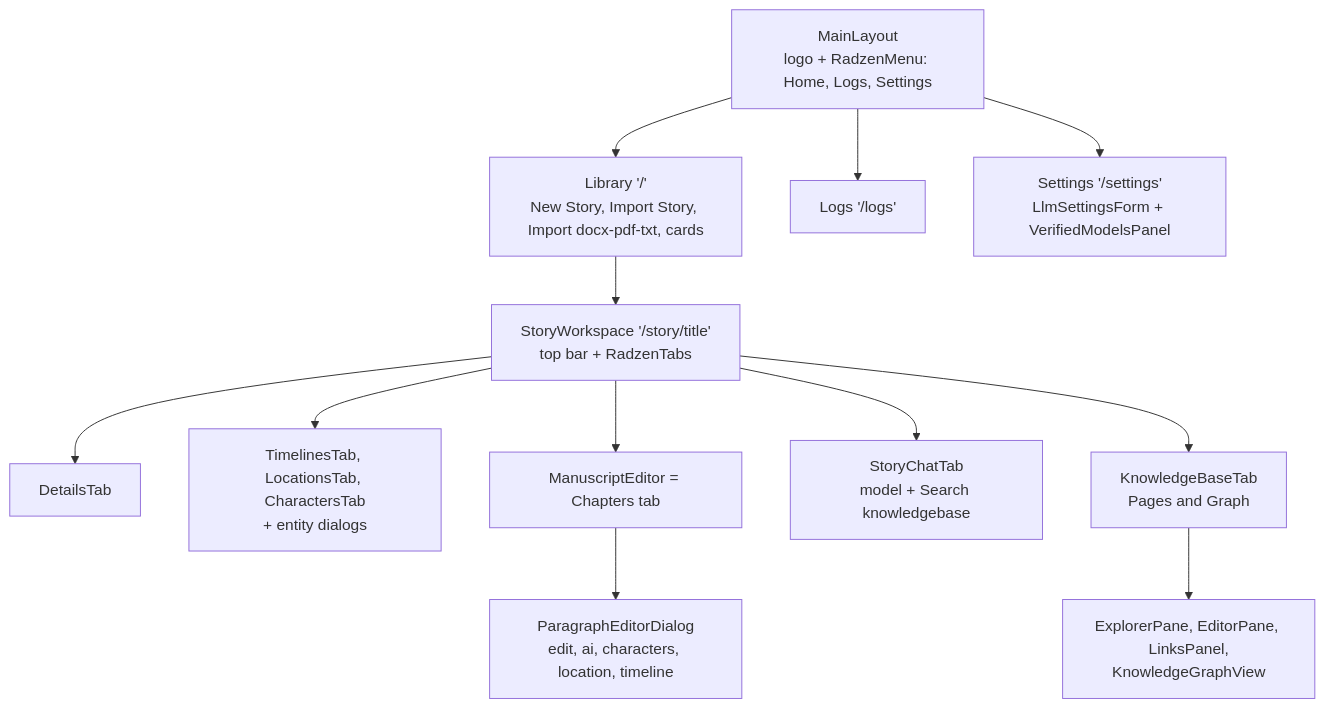
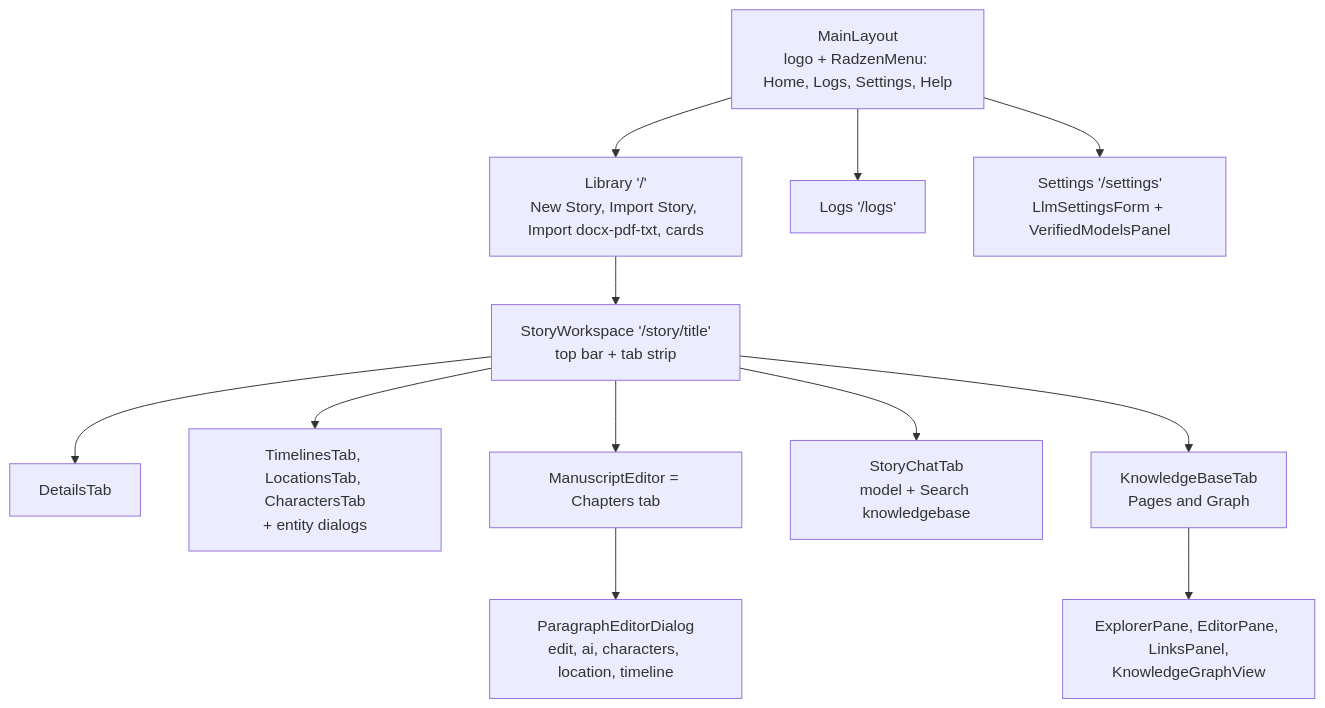
The third of 10 diagrams in Docs/AIStoryBuildersV2-Plan.md (AIStoryBuilders/AIStoryBuildersV2), drawn with Mermaid before and after one commit. The commit also changed other lines of this file and 12 other files, not shown here.

````diff
--- a/Docs/AIStoryBuildersV2-Plan.md
+++ b/Docs/AIStoryBuildersV2-Plan.md
@@ -379,27 +379,27 @@
 ```mermaid
 graph TD
-    Layout["MainLayout<br/>logo + RadzenMenu: Home, Logs, Settings"]
+    Layout["MainLayout<br/>logo + RadzenMenu: Home, Logs, Settings, Help"]
     Lib["Library '/'<br/>New Story, Import Story, Import docx-pdf-txt, cards"]
     Logs["Logs '/logs'"]
     Set["Settings '/settings'<br/>LlmSettingsForm + VerifiedModelsPanel"]
-    WS["StoryWorkspace '/story/title'<br/>top bar + RadzenTabs"]
+    WS["StoryWorkspace '/story/title'<br/>top bar + tab strip"]
     Det["DetailsTab"]
     Ent["TimelinesTab, LocationsTab, CharactersTab<br/>+ entity dialogs"]
     ME["ManuscriptEditor = Chapters tab"]
     PE["ParagraphEditorDialog<br/>edit, ai, characters, location, timeline"]
     Chat["StoryChatTab<br/>model + Search knowledgebase"]
     KBT["KnowledgeBaseTab<br/>Pages and Graph"]
     KBC["ExplorerPane, EditorPane, LinksPanel,<br/>KnowledgeGraphView"]
 
     Layout --> Lib
     Layout --> Logs
     Layout --> Set
     Lib --> WS
     WS --> Det
     WS --> Ent
     WS --> ME
     ME --> PE
     WS --> Chat
     WS --> KBT
     KBT --> KBC
 ```
````
